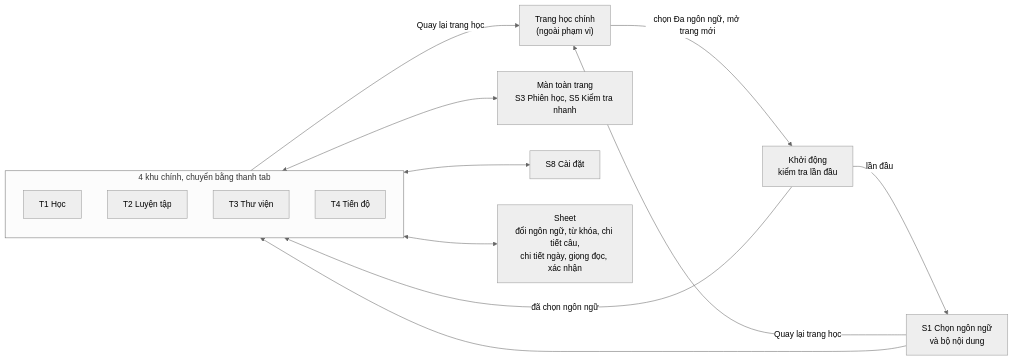
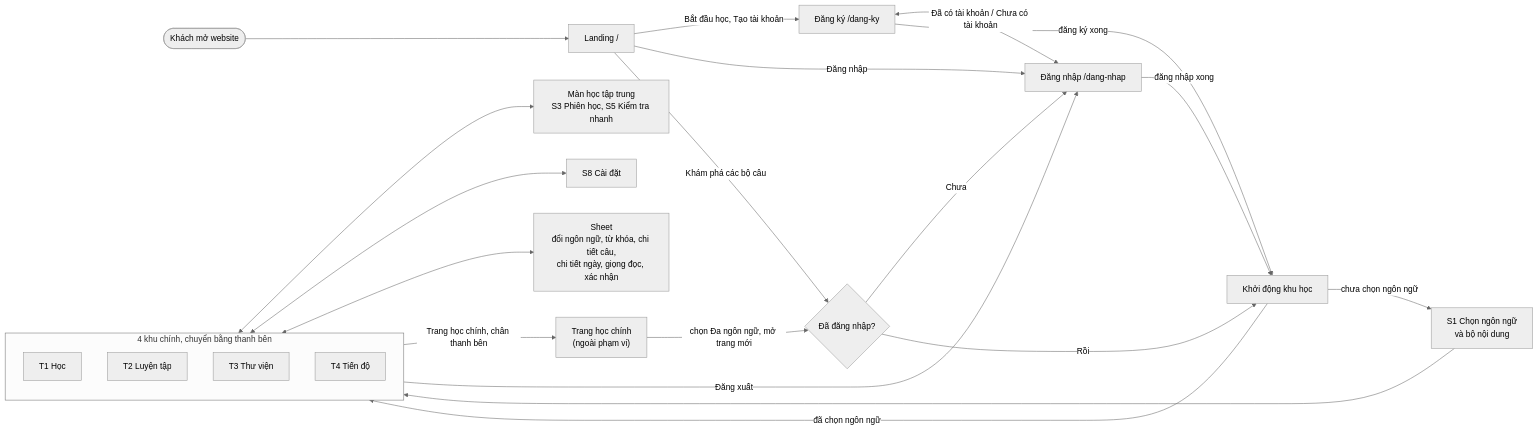
The first of 10 diagrams in docs/new/navigation.md (A-Star-X/dangonngu), drawn with Mermaid (neutral theme) before and after one commit. The commit also changed other lines of this file and 90 other files, not shown here.

Commit message:
spec: Đợt 6 chuyển sang Next.js theo bộ quy tắc leader

````diff
--- a/docs/new/navigation.md
+++ b/docs/new/navigation.md
@@ -16,29 +18,47 @@
 ```mermaid
 flowchart LR
-  HOST["Trang học chính<br/>(ngoài phạm vi)"] -->|"chọn Đa ngôn ngữ, mở trang mới"| BOOT["Khởi động<br/>kiểm tra lần đầu"]
+  HOST["Trang học chính<br/>(ngoài phạm vi)"] -->|"chọn Đa ngôn ngữ, mở trang mới"| GATE
   %% @none trang chính ngoài phạm vi, xem docs/legacy/README.md
-  BOOT -->|"lần đầu"| S1["S1 Chọn ngôn ngữ<br/>và bộ nội dung"]
+  VISIT(["Khách mở website"]) --> LAND["Landing /"]
+  %% @spec LP-01
+  LAND -->|"Bắt đầu học, Tạo tài khoản"| REG["Đăng ký /dang-ky"]
+  %% @spec LP-01, LP-06
+  LAND -->|"Đăng nhập"| LOGIN["Đăng nhập /dang-nhap"]
+  %% @spec LP-01
+  LAND -->|"Khám phá các bộ câu"| GATE
+  %% @spec LP-01, AU-05
+  REG <-->|"Đã có tài khoản / Chưa có tài khoản"| LOGIN
+  %% @spec AU-01, AU-02
+  GATE{"Đã đăng nhập?"} -->|"Chưa"| LOGIN
+  %% @spec AU-05
+  LOGIN -->|"đăng nhập xong"| BOOT["Khởi động khu học"]
+  %% @spec AU-01, AU-05
+  REG -->|"đăng ký xong"| BOOT
+  %% @spec AU-02
+  GATE -->|"Rồi"| BOOT
+  %% @spec AU-05
+  BOOT -->|"chưa chọn ngôn ngữ"| S1["S1 Chọn ngôn ngữ<br/>và bộ nội dung"]
   %% @spec APP-05, S1-07
   BOOT -->|"đã chọn ngôn ngữ"| MAIN
   %% @spec APP-05
   S1 --> MAIN
   %% @spec S1-04
 
-  subgraph MAIN["4 khu chính, chuyển bằng thanh tab"]
+  subgraph MAIN["4 khu chính, chuyển bằng thanh bên"]
     T1["T1 Học"]
     T2["T2 Luyện tập"]
     T3["T3 Thư viện"]
     T4["T4 Tiến độ"]
   end
 
-  MAIN <--> FULL["Màn toàn trang<br/>S3 Phiên học, S5 Kiểm tra nhanh"]
+  MAIN <--> FOCUS["Màn học tập trung<br/>S3 Phiên học, S5 Kiểm tra nhanh"]
   %% @spec APP-03, T1-02, T2-04
   MAIN <--> S8["S8 Cài đặt"]
   %% @spec APP-02, APP-04
   MAIN <--> SHEET["Sheet<br/>đổi ngôn ngữ, từ khóa, chi tiết câu,<br/>chi tiết ngày, giọng đọc, xác nhận"]
   %% @spec APP-11, C6-01
-  MAIN -->|"Quay lại trang học"| HOST
-  %% @spec APP-12
-  S1 -->|"Quay lại trang học"| HOST
-  %% @spec APP-12
+  MAIN -->|"Trang học chính, chân thanh bên"| HOST
+  %% @spec APP-12, C5-07
+  MAIN -->|"Đăng xuất"| LOGIN
+  %% @spec AU-05
 ```
````
